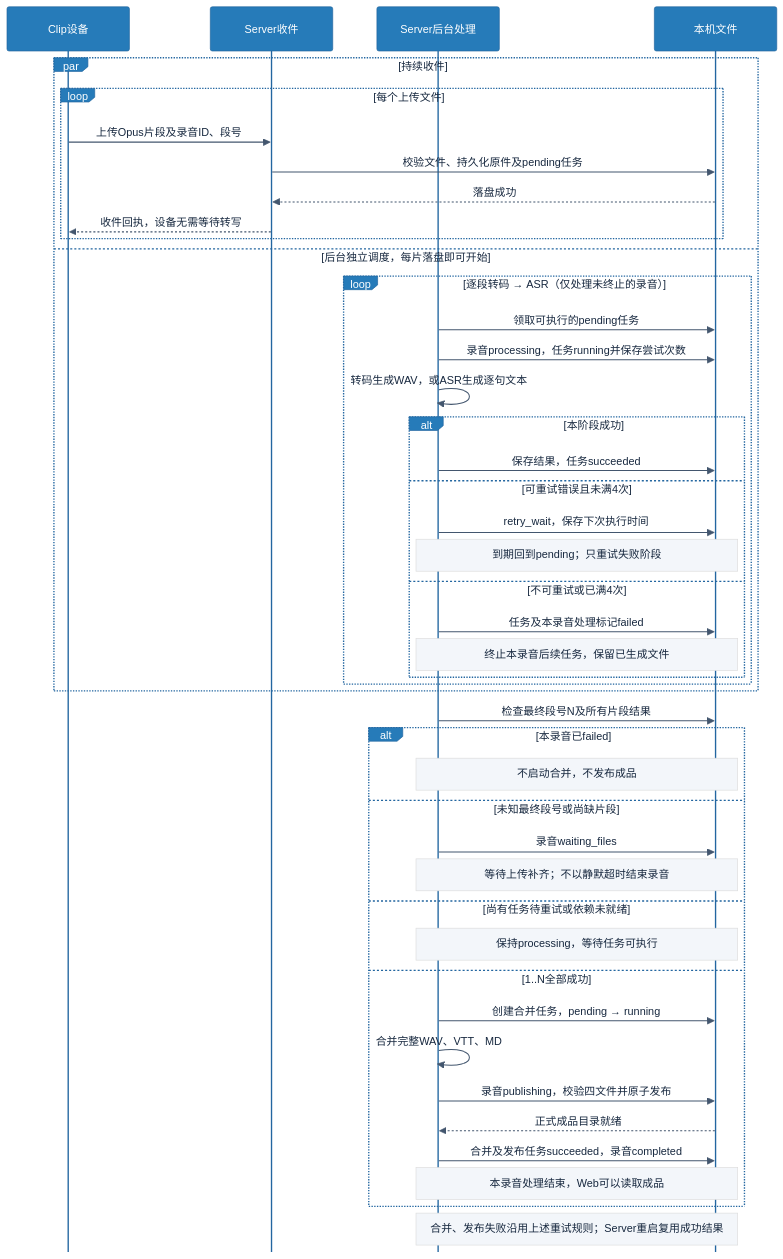
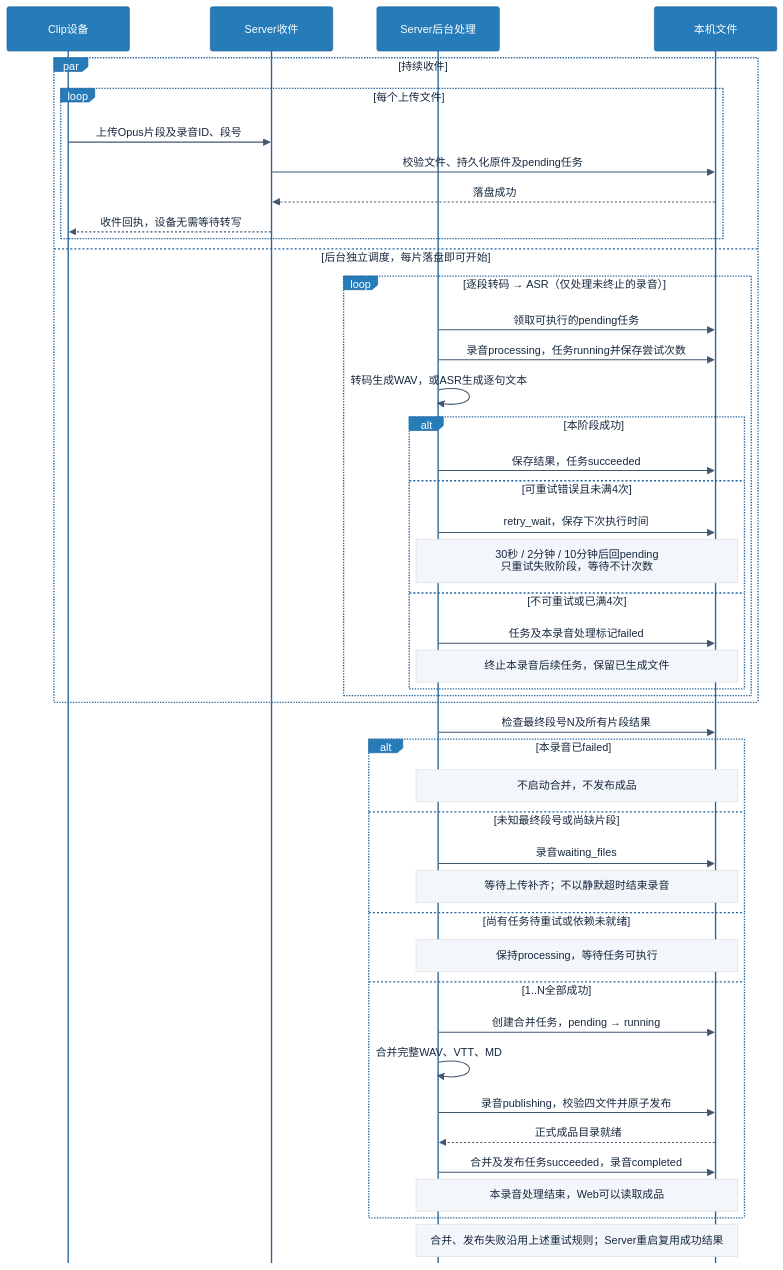
One commit to boboliu-1010/speaker changed the diagram in docs/assets/diagrams/09b-clip-processing.mmd. Above: the diagram before and after it, drawn with Mermaid. The commit also changed 8 other files, not shown here.

```diff
--- a/docs/assets/diagrams/09b-clip-processing.mmd
+++ b/docs/assets/diagrams/09b-clip-processing.mmd
@@ -1,50 +1,50 @@
 %%{init: {"theme":"base","themeVariables":{"fontFamily":"PingFang SC, Microsoft YaHei, sans-serif","fontSize":"17px","primaryColor":"#eaf3ff","primaryTextColor":"#17283f","primaryBorderColor":"#267bb9","actorBkg":"#267bb9","actorTextColor":"#ffffff","actorBorder":"#2366a0","loopTextColor":"#17283f","signalTextColor":"#17283f","signalColor":"#43566e","noteBkgColor":"#f3f6fa","noteTextColor":"#17283f"},"sequence":{"actorMargin":65,"width":180,"messageMargin":28,"noteMargin":15,"mirrorActors":false}}}%%
 sequenceDiagram
     participant C as Clip设备
     participant R as Server收件
     participant W as Server后台处理
     participant F as 本机文件
 
     par 持续收件
     loop 每个上传文件
         C->>R: 上传Opus片段及录音ID、段号
         R->>F: 校验文件、持久化原件及pending任务
         F-->>R: 落盘成功
         R-->>C: 收件回执，设备无需等待转写
     end
 
     and 后台独立调度，每片落盘即可开始
     loop 逐段转码 → ASR（仅处理未终止的录音）
         W->>F: 领取可执行的pending任务
         W->>F: 录音processing，任务running并保存尝试次数
         W->>W: 转码生成WAV，或ASR生成逐句文本
         alt 本阶段成功
             W->>F: 保存结果，任务succeeded
         else 可重试错误且未满4次
             W->>F: retry_wait，保存下次执行时间
-            Note over W,F: 到期回到pending；只重试失败阶段
+            Note over W,F: 30秒 / 2分钟 / 10分钟后回pending<br/>只重试失败阶段，等待不计次数
         else 不可重试或已满4次
             W->>F: 任务及本录音处理标记failed
             Note over W,F: 终止本录音后续任务，保留已生成文件
         end
     end
 
     end
 
     W->>F: 检查最终段号N及所有片段结果
     alt 本录音已failed
         Note over W,F: 不启动合并，不发布成品
     else 未知最终段号或尚缺片段
         W->>F: 录音waiting_files
         Note over W,F: 等待上传补齐；不以静默超时结束录音
     else 尚有任务待重试或依赖未就绪
         Note over W,F: 保持processing，等待任务可执行
     else 1..N全部成功
         W->>F: 创建合并任务，pending → running
         W->>W: 合并完整WAV、VTT、MD
         W->>F: 录音publishing，校验四文件并原子发布
         F-->>W: 正式成品目录就绪
         W->>F: 合并及发布任务succeeded，录音completed
         Note over W,F: 本录音处理结束，Web可以读取成品
     end
     Note over W,F: 合并、发布失败沿用上述重试规则；Server重启复用成功结果
```
